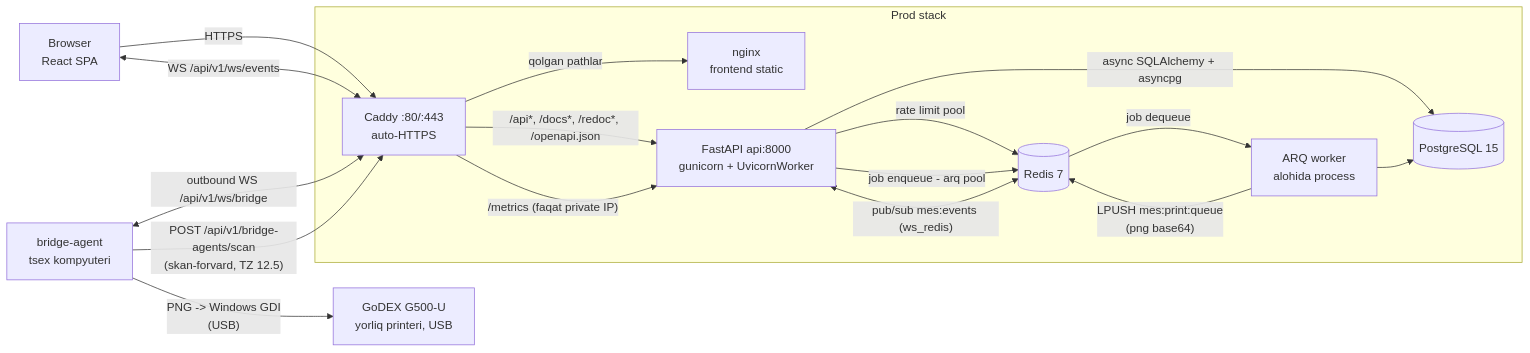
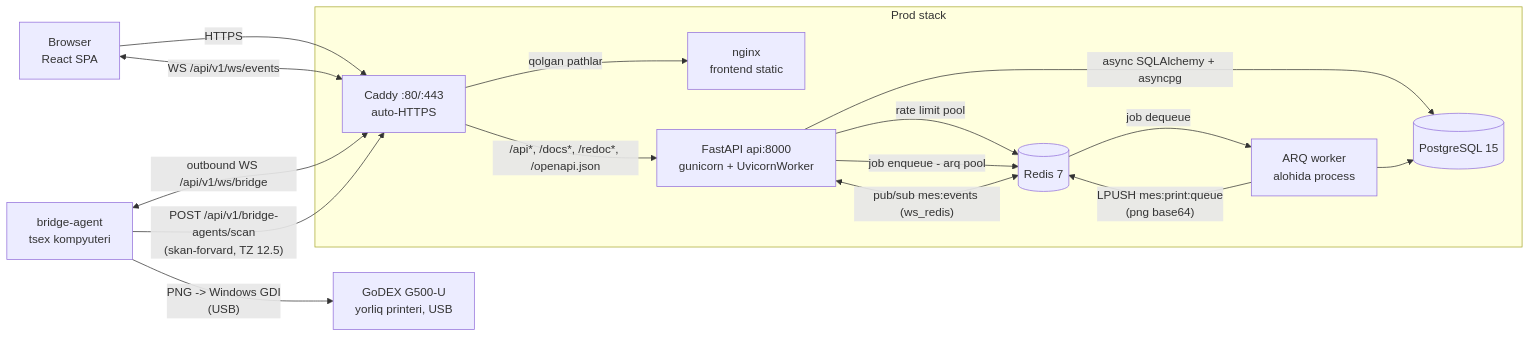
One commit to jasper2233/mebelix-eko-tizim changed the diagram in docs/01-architecture.md. Above: the diagram before and after it, drawn with Mermaid. The commit also changed other lines of this file and 6 other files, not shown here.

````diff
--- a/docs/01-architecture.md
+++ b/docs/01-architecture.md
@@ -88,31 +88,30 @@
 ```mermaid
 flowchart LR
     B[Browser<br/>React SPA]
     G[bridge-agent<br/>tsex kompyuteri]
     PR[GoDEX G500-U<br/>yorliq printeri, USB]
 
     subgraph Prod stack
         C[Caddy :80/:443<br/>auto-HTTPS]
         N[nginx<br/>frontend static]
         A[FastAPI api:8000<br/>gunicorn + UvicornWorker]
         W[ARQ worker<br/>alohida process]
         P[(PostgreSQL 15)]
         R[(Redis 7)]
     end
 
     B -->|HTTPS| C
     B <-->|"WS /api/v1/ws/events"| C
     G <-->|"outbound WS /api/v1/ws/bridge"| C
     G -->|"POST /api/v1/bridge-agents/scan<br/>(skan-forvard, TZ 12.5)"| C
     G -->|"PNG -> Windows GDI<br/>(USB)"| PR
     C -->|"/api*, /docs*, /redoc*, /openapi.json"| A
-    C -->|"/metrics (faqat private IP)"| A
     C -->|qolgan pathlar| N
     A -->|async SQLAlchemy + asyncpg| P
     A -->|rate limit pool| R
     A -->|job enqueue - arq pool| R
     A <-->|"pub/sub mes:events (ws_redis)"| R
     R -->|job dequeue| W
     W -->|"LPUSH mes:print:queue<br/>(png base64)"| R
     W --> P
 ```
````
